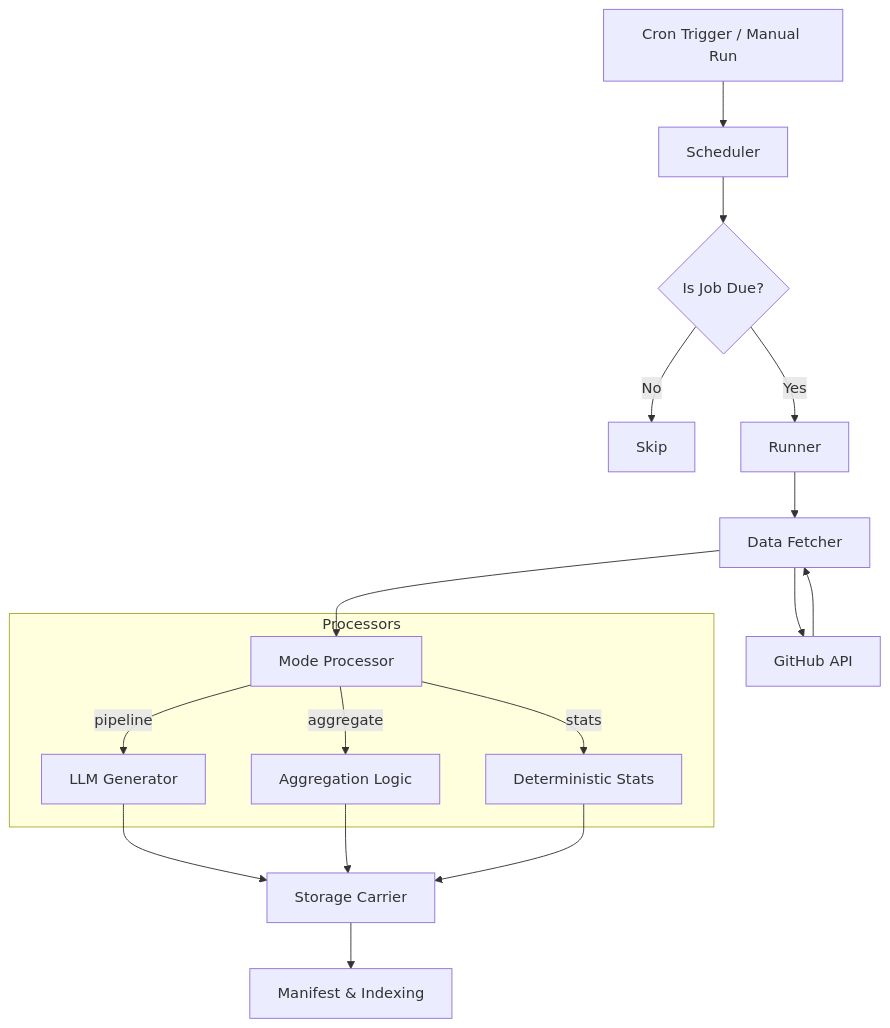
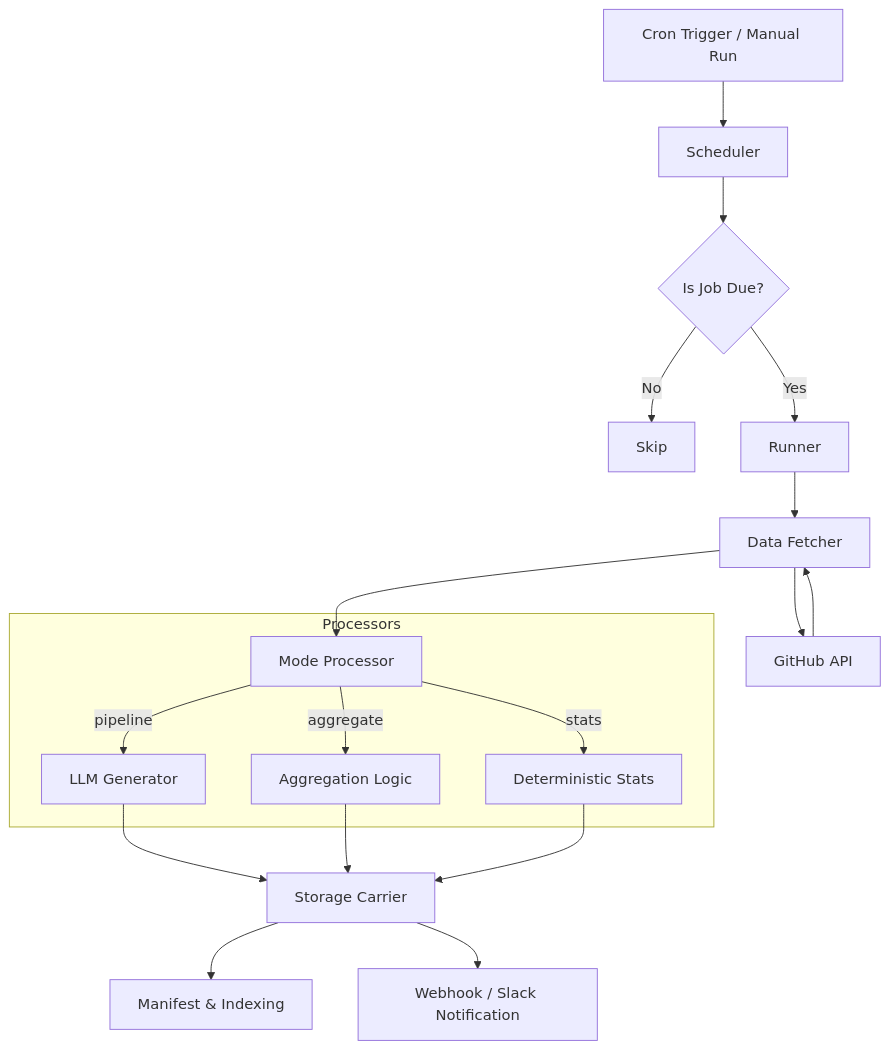
The diagram in docs/ARCHITECTURE.md (zerodays/github-reporter), drawn with Mermaid before and after one commit. The commit also changed other lines of this file and 6 other files, not shown here.

````diff
--- a/docs/ARCHITECTURE.md
+++ b/docs/ARCHITECTURE.md
@@ -18,25 +18,26 @@
 ```mermaid
 graph TD
     A["Cron Trigger / Manual Run"] --> B[Scheduler]
     B --> C{"Is Job Due?"}
     C -->|No| D[Skip]
     C -->|Yes| E[Runner]
     
     E --> F[Data Fetcher]
     F --> G["GitHub API"]
     G --> F
     
     F --> H[Mode Processor]
     
     subgraph Processors
     H -->|pipeline| I["LLM Generator"]
     H -->|aggregate| J["Aggregation Logic"]
     H -->|stats| K["Deterministic Stats"]
     end
     
     I --> L["Storage Carrier"]
     J --> L
     K --> L
     
     L --> M["Manifest & Indexing"]
+    L --> N["Webhook / Slack Notification"]
 ```
````
